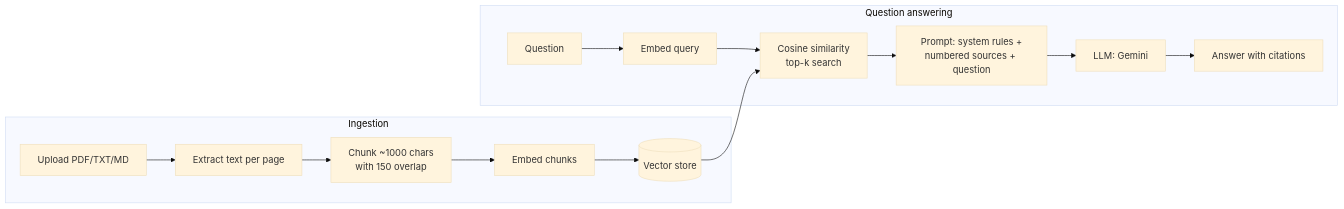
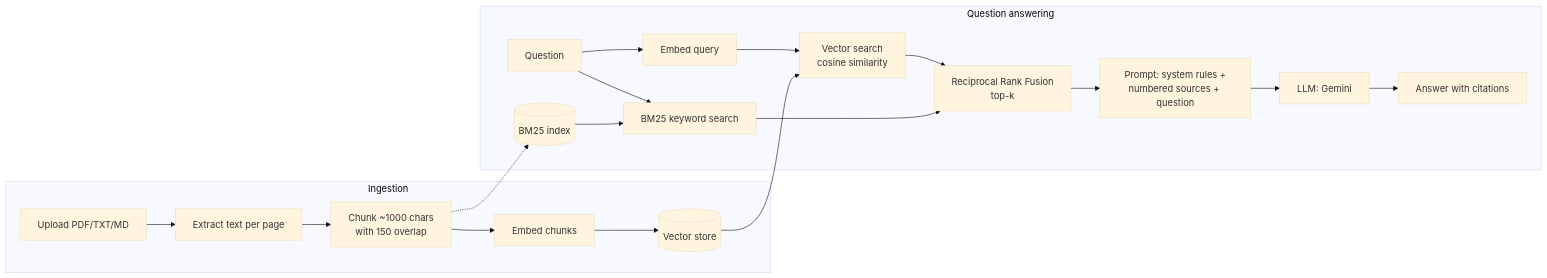
Before and after one commit to mvutla99/documind: the diagram in README.md, drawn with Mermaid (base theme). The commit also changed other lines of this file and 17 other files, not shown here.

Commit message:
feat: add hybrid BM25 + vector search with RRF

````diff
--- a/README.md
+++ b/README.md
@@ -22,17 +23,22 @@
 ```mermaid
 flowchart LR
     subgraph Ingestion
         U[Upload PDF/TXT/MD] --> X[Extract text per page]
         X --> C[Chunk ~1000 chars<br/>with 150 overlap]
         C --> E1[Embed chunks]
         E1 --> V[(Vector store)]
     end
     subgraph Question answering
         Q[Question] --> E2[Embed query]
-        E2 --> S[Cosine similarity<br/>top-k search]
+        E2 --> S[Vector search<br/>cosine similarity]
         V --> S
-        S --> P[Prompt: system rules +<br/>numbered sources + question]
+        Q --> K[BM25 keyword search]
+        C -.-> B[(BM25 index)]
+        B --> K
+        S --> F[Reciprocal Rank Fusion<br/>top-k]
+        K --> F
+        F --> P[Prompt: system rules +<br/>numbered sources + question]
         P --> L[LLM: Gemini]
         L --> A[Answer with citations]
     end
 ```
````
